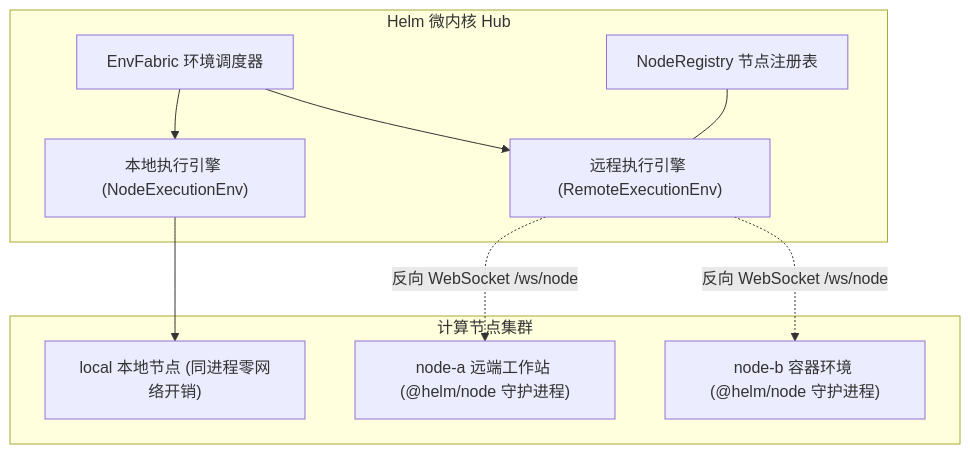
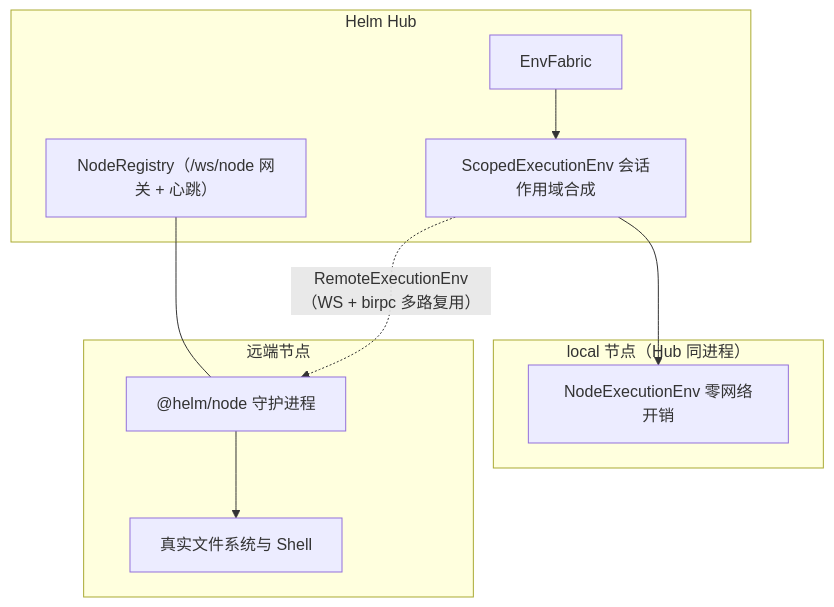
One commit to team4u/helm changed the first of 3 diagrams in docs/architecture/envfabric.md. Above: the diagram before and after it, drawn with Mermaid. The commit also changed other lines of this file and 67 other files, not shown here.

````diff
--- a/docs/architecture/envfabric.md
+++ b/docs/architecture/envfabric.md
@@ -13,22 +7,20 @@
 ```mermaid
 flowchart TD
-    subgraph Kernel["Helm 微内核 Hub"]
-        Fabric["EnvFabric 环境调度器"]
-        Registry["NodeRegistry 节点注册表"]
-        LocalEnv["本地执行引擎 (NodeExecutionEnv)"]
-        RemoteEnv["远程执行引擎 (RemoteExecutionEnv)"]
+    subgraph Kernel["Helm Hub"]
+        Fabric["EnvFabric"]
+        Registry["NodeRegistry（/ws/node 网关 + 心跳）"]
+        Scoped["ScopedExecutionEnv 会话作用域合成"]
     end
-
-    subgraph Nodes["计算节点集群"]
-        LocalNode["local 本地节点 (同进程零网络开销)"]
-        RemoteNode1["node-a 远端工作站 (@helm/node 守护进程)"]
-        RemoteNode2["node-b 容器环境 (@helm/node 守护进程)"]
+    subgraph Local["local 节点（Hub 同进程）"]
+        NodeEnv["NodeExecutionEnv 零网络开销"]
     end
-
-    Fabric --> LocalEnv
-    Fabric --> RemoteEnv
-    LocalEnv --> LocalNode
-    RemoteEnv -.->|反向 WebSocket /ws/node| RemoteNode1
-    RemoteEnv -.->|反向 WebSocket /ws/node| RemoteNode2
-    Registry --- RemoteEnv
+    subgraph Remote["远端节点"]
+        Daemon["@helm/node 守护进程"]
+        NodeFs["真实文件系统与 Shell"]
+    end
+    Fabric --> Scoped
+    Scoped --> NodeEnv
+    Scoped -.->|"RemoteExecutionEnv（WS + birpc 多路复用）"| Daemon
+    Daemon --> NodeFs
+    Registry --- Daemon
 ```
````
